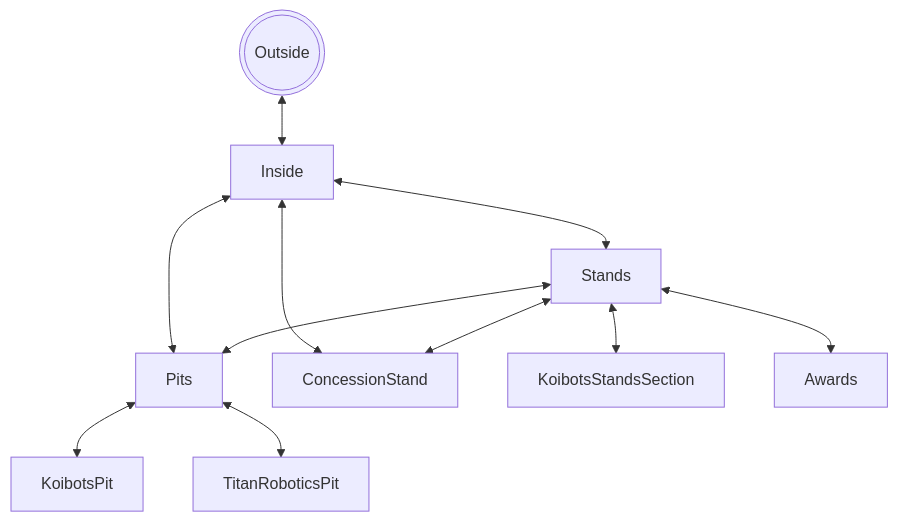
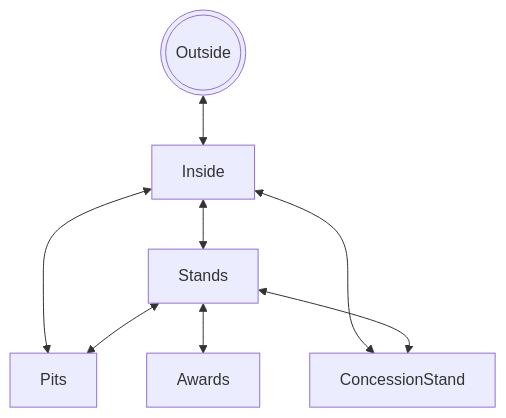
Before and after one commit to aidanminor6-design/aidanminor6-design.github.io: the diagram in projects/game/README.md, drawn with Mermaid.

Commit message:
Lowering # of locations

````diff
--- a/projects/game/README.md
+++ b/projects/game/README.md
@@ -11,13 +11,10 @@
 ```mermaid
 graph TD;
     outside(((Outside)))<-->Inside;
     Inside<-->Stands;
     Inside<-->Pits;
     Inside<-->ConcessionStand;
-    Pits<-->KoibotsPit;
-    Pits<--> TitanRoboticsPit;
-    Stands<-->KoibotsStandsSection;
     Stands<-->Pits;
     Stands<-->Awards;
     Stands<-->ConcessionStand;
 ```
````
